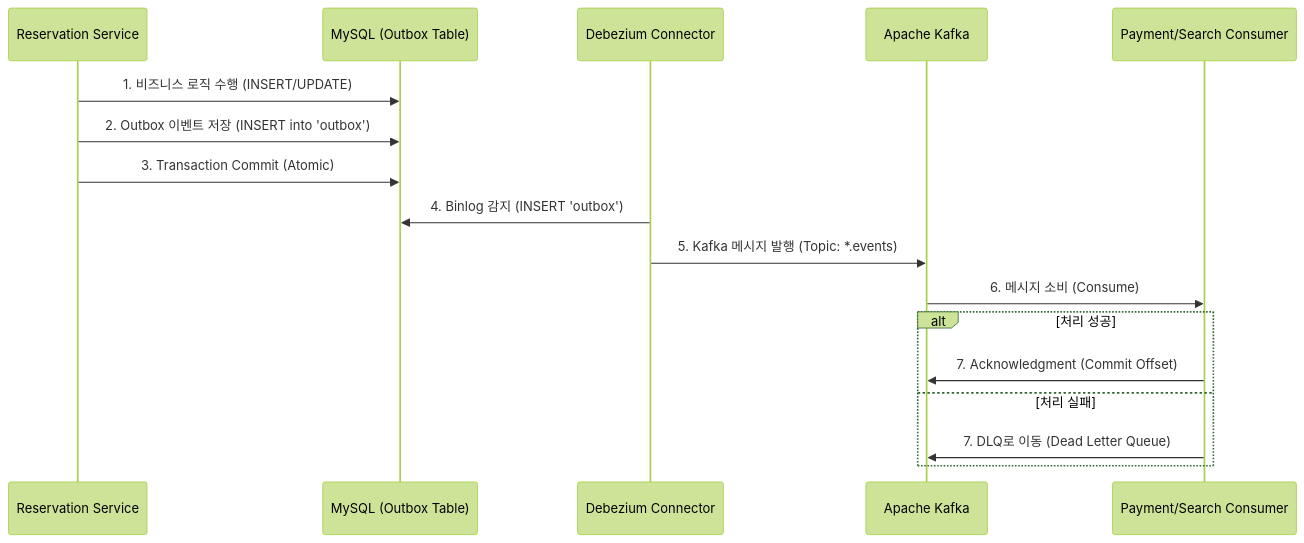
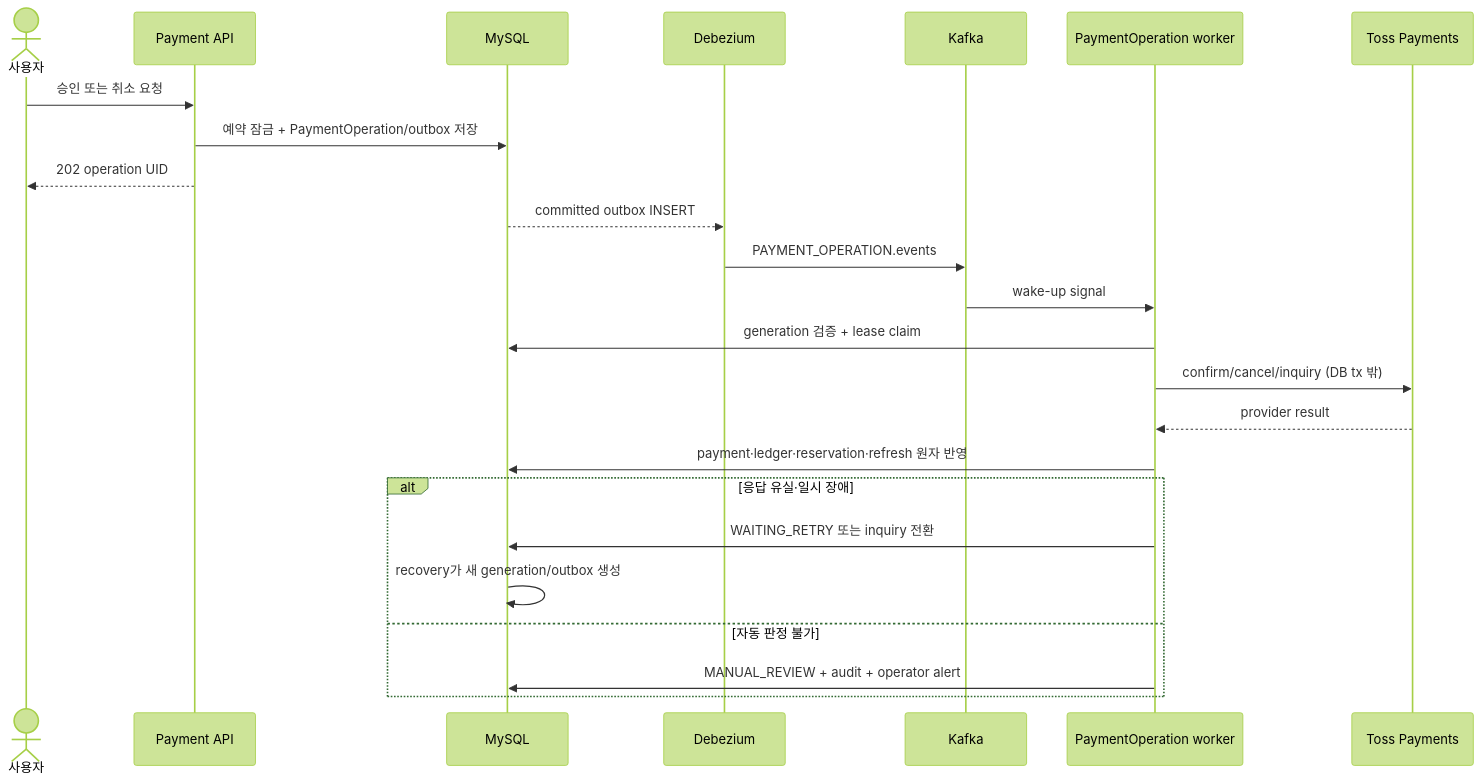
The second of 4 diagrams in README.md (eeoos/airbob), drawn with Mermaid (forest theme) before and after one commit. The commit also changed other lines of this file and 6 other files, not shown here.

Commit message:
docs: align architecture with orchestration model

````diff
--- a/README.md
+++ b/README.md
@@ -210,23 +80,27 @@
 ```mermaid
 sequenceDiagram
-    participant Svc as Reservation Service
-    participant DB as MySQL (Outbox Table)
-    participant CDC as Debezium Connector
-    participant Kafka as Apache Kafka
-    participant Consumer as Payment/Search Consumer
+    actor User as 사용자
+    participant API as Payment API
+    participant DB as MySQL
+    participant CDC as Debezium
+    participant Kafka
+    participant Worker as PaymentOperation worker
+    participant PG as Toss Payments
 
-    Svc->>DB: 1. 비즈니스 로직 수행 (INSERT/UPDATE)
-    Svc->>DB: 2. Outbox 이벤트 저장 (INSERT into 'outbox')
-    Svc->>DB: 3. Transaction Commit (Atomic)
-    
-    CDC->>DB: 4. Binlog 감지 (INSERT 'outbox')
-    CDC->>Kafka: 5. Kafka 메시지 발행 (Topic: *.events)
-    
-    Kafka->>Consumer: 6. 메시지 소비 (Consume)
-    
-    alt 처리 성공
-        Consumer->>Kafka: 7. Acknowledgment (Commit Offset)
-    else 처리 실패
-        Consumer->>Kafka: 7. DLQ로 이동 (Dead Letter Queue)
+    User->>API: 승인 또는 취소 요청
+    API->>DB: 예약 잠금 + PaymentOperation/outbox 저장
+    API-->>User: 202 operation UID
+    DB-->>CDC: committed outbox INSERT
+    CDC->>Kafka: PAYMENT_OPERATION.events
+    Kafka->>Worker: wake-up signal
+    Worker->>DB: generation 검증 + lease claim
+    Worker->>PG: confirm/cancel/inquiry (DB tx 밖)
+    PG-->>Worker: provider result
+    Worker->>DB: payment·ledger·reservation·refresh 원자 반영
+    alt 응답 유실·일시 장애
+        Worker->>DB: WAITING_RETRY 또는 inquiry 전환
+        DB->>DB: recovery가 새 generation/outbox 생성
+    else 자동 판정 불가
+        Worker->>DB: MANUAL_REVIEW + audit + operator alert
     end
 ```
````
